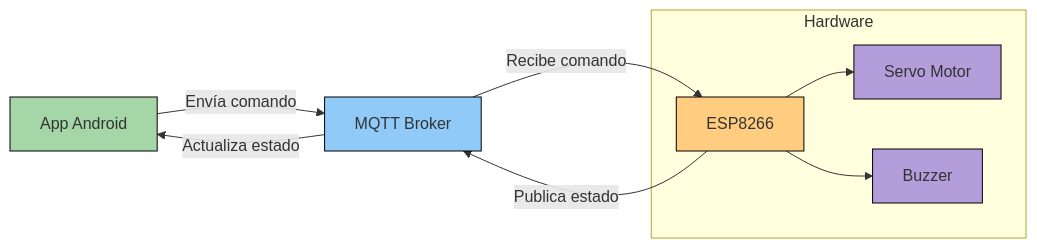
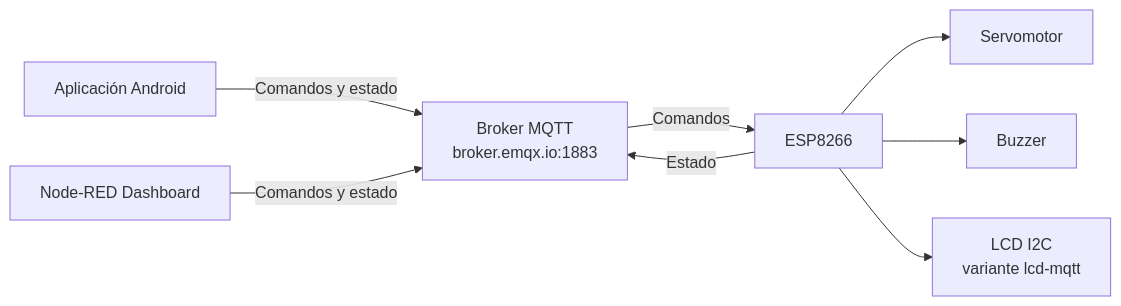
One commit to Sodi0/CajaDeSeguridad changed the diagram in README.md. Above: the diagram before and after it, drawn with Mermaid. The commit also changed other lines of this file and 60 other files, not shown here.

````diff
--- a/README.md
+++ b/README.md
@@ -52,30 +30,18 @@
 ```mermaid
 flowchart LR
-    %% Nodos principales
-    App[App Android] 
-    MQTT[MQTT Broker]
+    Android[Aplicación Android]
+    NodeRED[Node-RED Dashboard]
+    Broker[Broker MQTT<br/>broker.emqx.io:1883]
     ESP[ESP8266]
-    
-    %% Componentes del ESP8266
-    subgraph Hardware
-        ESP --> Servo[Servo Motor]
-        ESP --> Buzzer[Buzzer]
-    end
-    
-    %% Flujo de comunicación
-    App -->|Envía comando| MQTT
-    MQTT -->|Recibe comando| ESP
-    ESP -->|Publica estado| MQTT
-    MQTT -->|Actualiza estado| App
+    Servo[Servomotor]
+    Buzzer[Buzzer]
+    LCD[LCD I2C<br/>variante lcd-mqtt]
 
-    %% Estilos
-    classDef android fill:#a5d6a7,stroke:#000;
-    classDef broker fill:#90caf9,stroke:#000;
-    classDef esp fill:#ffcc80,stroke:#000;
-    classDef components fill:#b39ddb,stroke:#000;
-    
-    class App android;
-    class MQTT broker;
-    class ESP esp;
-    class Servo,Buzzer components;
+    Android -->|Comandos y estado| Broker
+    NodeRED -->|Comandos y estado| Broker
+    Broker -->|Comandos| ESP
+    ESP -->|Estado| Broker
+    ESP --> Servo
+    ESP --> Buzzer
+    ESP --> LCD
 ```
````
